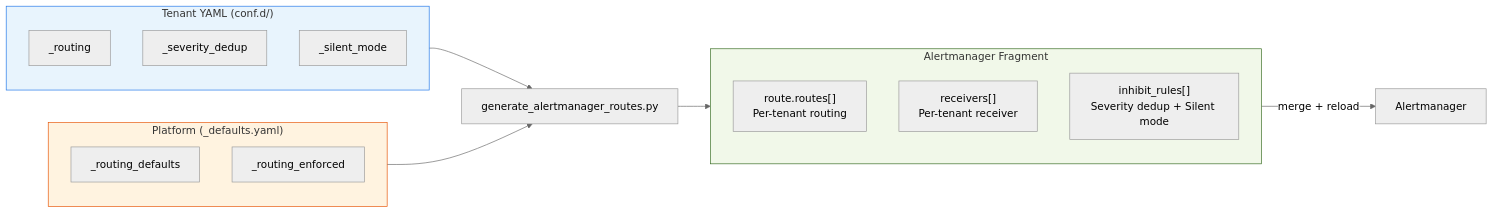
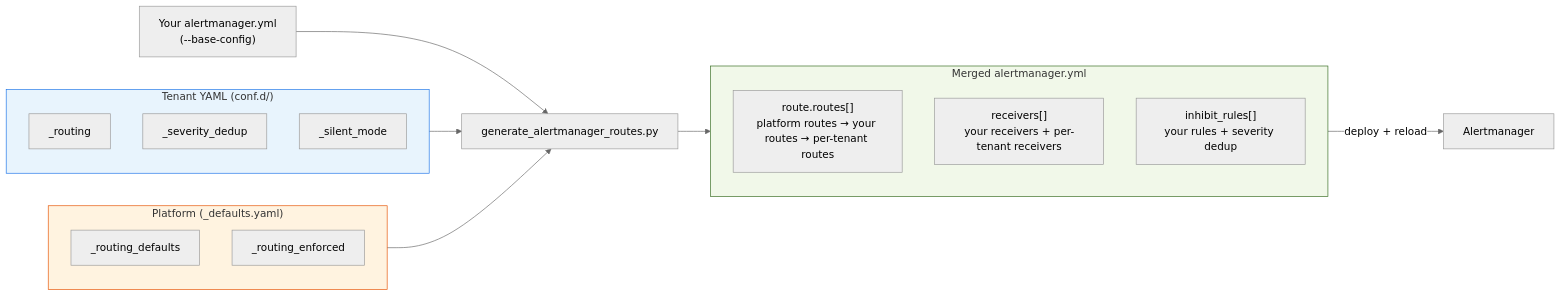
The first of 2 diagrams in docs/integration/byo-alertmanager-integration.en.md (vencil/Dynamic-Alerting-Integrations), drawn with Mermaid (neutral theme) before and after one commit. The commit also changed other lines of this file and 83 other files, not shown here.

First line of the commit message:
feat(tools)!: generate-routes 三種輸出模式共用「只換掉自己那份」的合併，移除 fragment 模式（#1211） (#3586)

````diff
--- a/docs/integration/byo-alertmanager-integration.en.md
+++ b/docs/integration/byo-alertmanager-integration.en.md
@@ -35,32 +35,35 @@
 ```mermaid
 graph LR
     subgraph TY["Tenant YAML (conf.d/)"]
         R["_routing"]
         S["_severity_dedup"]
         SM["_silent_mode"]
     end
 
     subgraph PL["Platform (_defaults.yaml)"]
         RD["_routing_defaults"]
         RE["_routing_enforced"]
     end
 
     GEN["generate_alertmanager_routes.py"]
 
+    BASE["Your alertmanager.yml<br/>(--base-config)"]
+
     TY --> GEN
     PL --> GEN
+    BASE --> GEN
 
-    subgraph AM["Alertmanager Fragment"]
-        RT["route.routes[]<br/>Per-tenant routing"]
-        RC["receivers[]<br/>Per-tenant receiver"]
-        IR["inhibit_rules[]<br/>Severity dedup + Silent mode"]
+    subgraph AM["Merged alertmanager.yml"]
+        RT["route.routes[]<br/>platform routes → your routes → per-tenant routes"]
+        RC["receivers[]<br/>your receivers + per-tenant receivers"]
+        IR["inhibit_rules[]<br/>your rules + severity dedup"]
     end
 
     GEN --> AM
 
-    AM -->|"merge + reload"| ALM["Alertmanager"]
+    AM -->|"deploy + reload"| ALM["Alertmanager"]
 
     style TY fill:#e8f4fd,stroke:#1a73e8
     style PL fill:#fff3e0,stroke:#e65100
     style AM fill:#f1f8e9,stroke:#33691e
 ```
````
